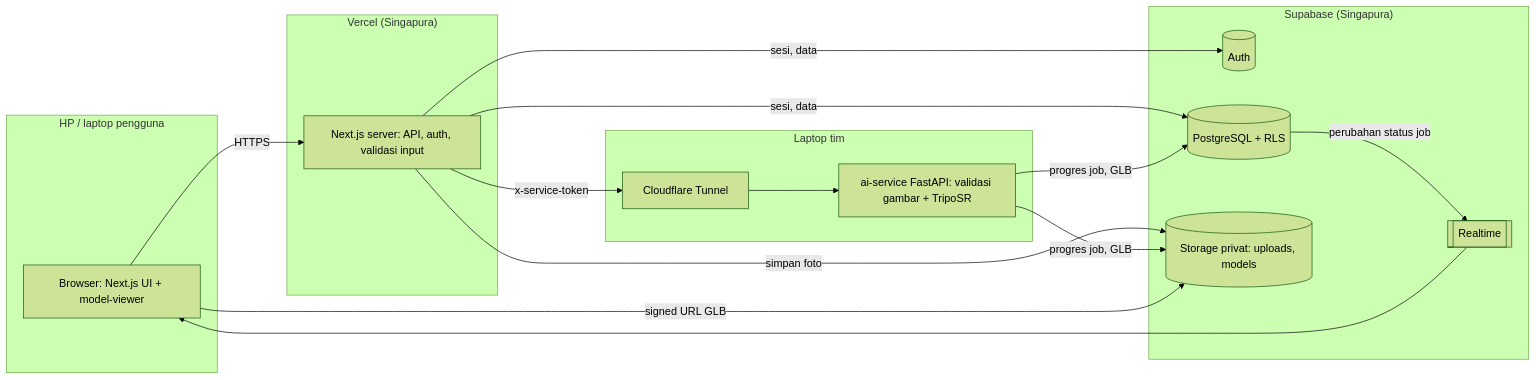
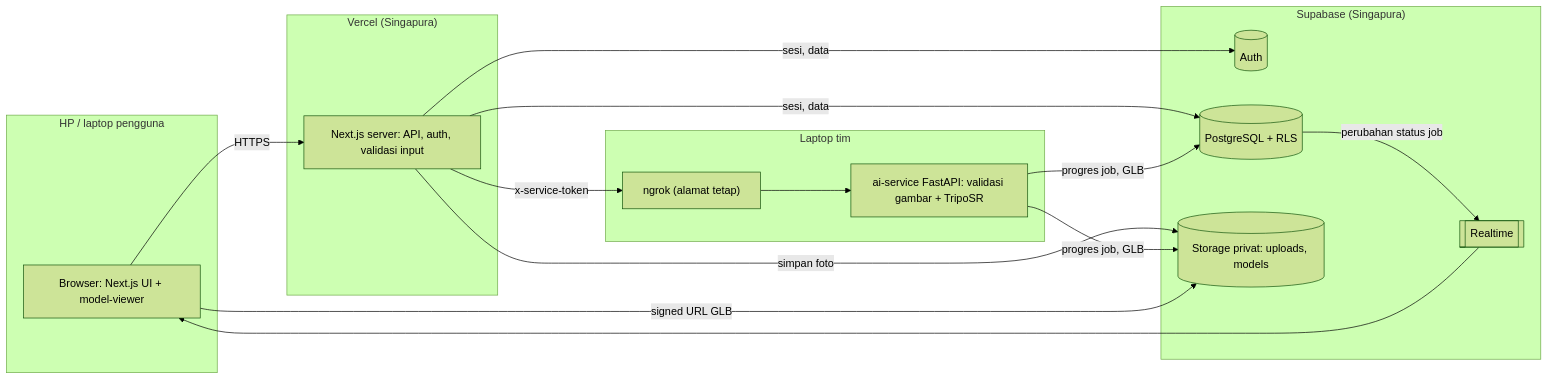
The diagram in README.md (apriansyh4/LoginMasuk), drawn with Mermaid (forest theme) before and after one commit. The commit also changed other lines of this file and 4 other files, not shown here.

````diff
--- a/README.md
+++ b/README.md
@@ -74,27 +117,27 @@
 ```mermaid
 flowchart LR
   subgraph U["HP / laptop pengguna"]
     B["Browser: Next.js UI + model-viewer"]
   end
   subgraph V["Vercel (Singapura)"]
     W["Next.js server: API, auth, validasi input"]
   end
   subgraph SB["Supabase (Singapura)"]
     A[(Auth)]
     D[("PostgreSQL + RLS")]
     S[("Storage privat: uploads, models")]
     R[[Realtime]]
   end
   subgraph L["Laptop tim"]
-    T["Cloudflare Tunnel"]
+    T["ngrok (alamat tetap)"]
     AI["ai-service FastAPI: validasi gambar + TripoSR"]
   end
 
   B -- HTTPS --> W
   W -- sesi, data --> A & D
   W -- simpan foto --> S
   W -- x-service-token --> T --> AI
   AI -- progres job, GLB --> D & S
   D -- perubahan status job --> R --> B
   B -- signed URL GLB --> S
 ```
````
